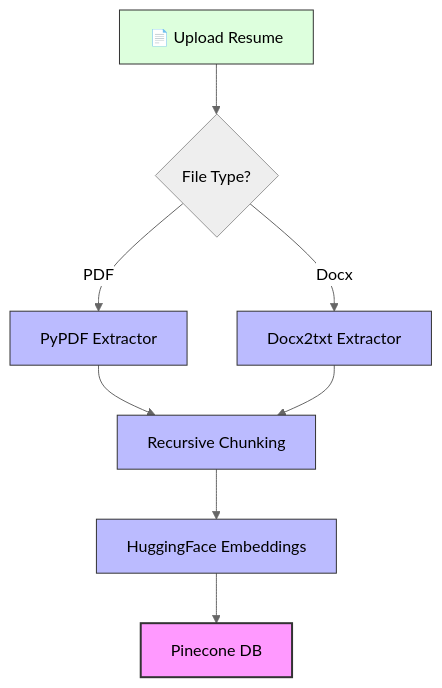
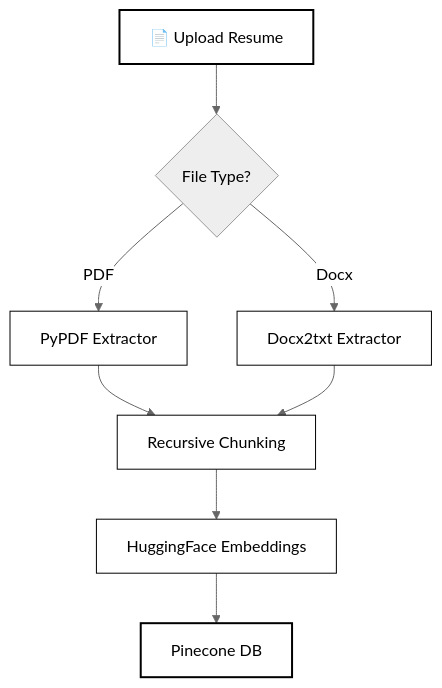
One commit to Abdullasaqib/Agentic-ATS-System changed the first of 2 diagrams in README.md. Above: the diagram before and after it, drawn with Mermaid (neutral theme). The commit also changed other lines of this file, not shown here.

Commit message:
Update documentation with monochrome Mermaid.js diagrams

````diff
--- a/README.md
+++ b/README.md
@@ -19,17 +19,17 @@
 ```mermaid
 graph TD
     A["📄 Upload Resume"] --> B{"File Type?"}
     B -- PDF --> C["PyPDF Extractor"]
     B -- Docx --> D["Docx2txt Extractor"]
     C --> E["Recursive Chunking"]
     D --> E
     E --> F["HuggingFace Embeddings"]
     F --> G["Pinecone DB"]
 
-    style A fill:#dfd,stroke:#333
-    style G fill:#f9f,stroke:#333,stroke-width:2px
-    style C fill:#bbf,stroke:#333
-    style D fill:#bbf,stroke:#333
-    style E fill:#bbf,stroke:#333
-    style F fill:#bbf,stroke:#333
+    style A fill:#fff,stroke:#000,stroke-width:2px
+    style G fill:#fff,stroke:#000,stroke-width:2px
+    style C fill:#fff,stroke:#000
+    style D fill:#fff,stroke:#000
+    style E fill:#fff,stroke:#000
+    style F fill:#fff,stroke:#000
 ```
````
